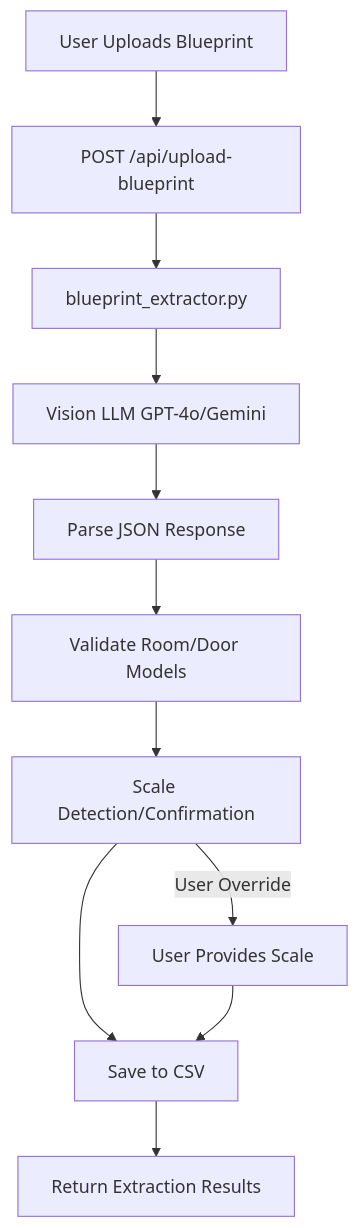
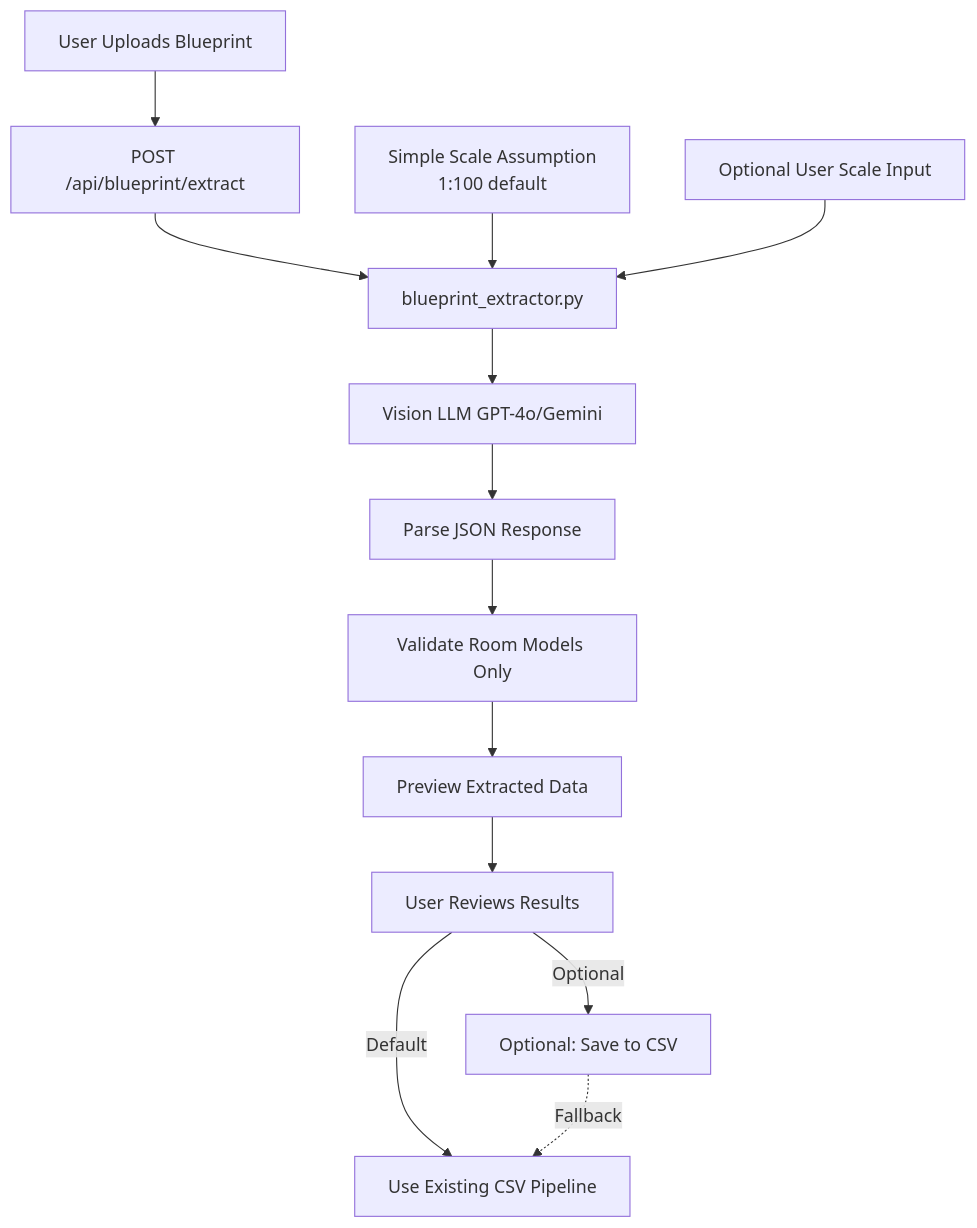
Before and after one commit to mjoshua97241/space-code-copilot: the first of 2 diagrams in .cursor/plans/multimodal_blueprint_extraction_5b8750f3.plan.md, drawn with Mermaid. The commit also changed other lines of this file, not shown here.

Commit message:
Geometry + scale

````diff
--- a/.cursor/plans/multimodal_blueprint_extraction_5b8750f3.plan.md
+++ b/.cursor/plans/multimodal_blueprint_extraction_5b8750f3.plan.md
@@ -69,14 +73,17 @@
 ```mermaid
 flowchart TD
-    User[User Uploads Blueprint] --> Upload[POST /api/upload-blueprint]
+    User[User Uploads Blueprint] --> Upload[POST /api/blueprint/extract]
     Upload --> Extract[blueprint_extractor.py]
     Extract --> VisionLLM[Vision LLM GPT-4o/Gemini]
     VisionLLM --> Parse[Parse JSON Response]
-    Parse --> Validate[Validate Room/Door Models]
-    Validate --> Scale[Scale Detection/Confirmation]
-    Scale --> Save[Save to CSV]
-    Save --> Response[Return Extraction Results]
+    Parse --> Validate[Validate Room Models Only]
+    Validate --> Preview[Preview Extracted Data]
+    Preview --> UserReview[User Reviews Results]
+    UserReview -->|Optional| Save[Optional: Save to CSV]
+    UserReview -->|Default| UseCSV[Use Existing CSV Pipeline]
     
-    Scale -->|User Override| UserInput[User Provides Scale]
-    UserInput --> Save
+    Save -.->|Fallback| UseCSV
+    
+    ScaleAssumption[Simple Scale Assumption<br/>1:100 default] --> Extract
+    UserScale[Optional User Scale Input] --> Extract
 ```
````
